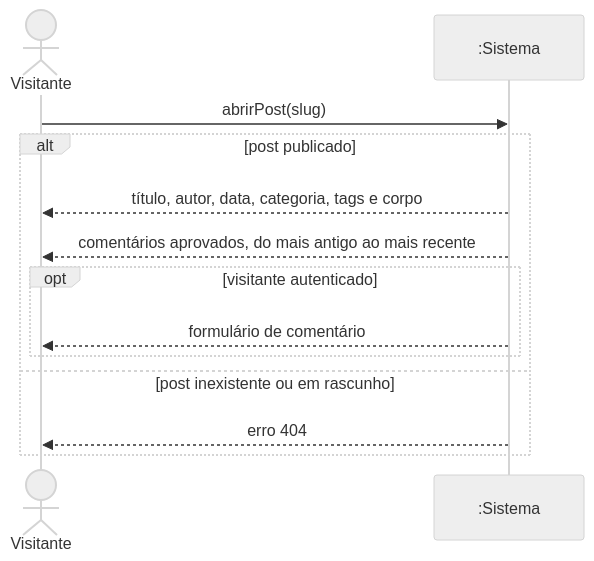
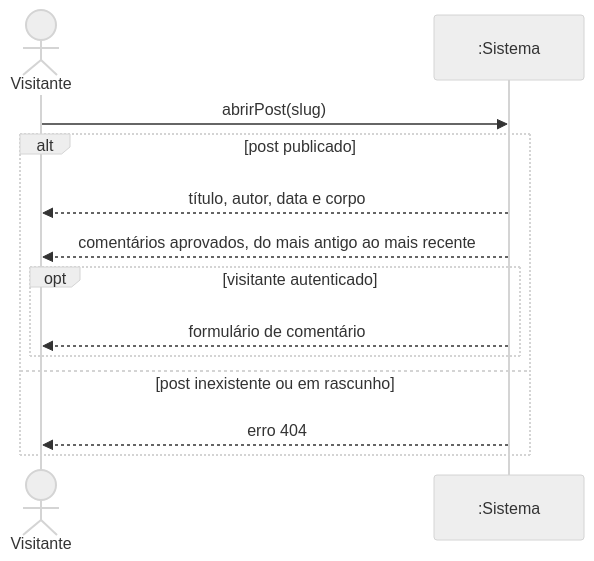
The first of 5 diagrams in docs/sequencia-de-sistema.md (ataraxia-ppads/ataraxia-blog), drawn with Mermaid (neutral theme) before and after one commit. The commit also changed other lines of this file and 40 other files, not shown here.

````diff
--- a/docs/sequencia-de-sistema.md
+++ b/docs/sequencia-de-sistema.md
@@ -31,15 +31,15 @@
 ```mermaid
 sequenceDiagram
     actor V as Visitante
     participant S as :Sistema
     V->>S: abrirPost(slug)
     alt post publicado
-        S-->>V: título, autor, data, categoria, tags e corpo
+        S-->>V: título, autor, data e corpo
         S-->>V: comentários aprovados, do mais antigo ao mais recente
         opt visitante autenticado
             S-->>V: formulário de comentário
         end
     else post inexistente ou em rascunho
         S-->>V: erro 404
     end
 ```
````
